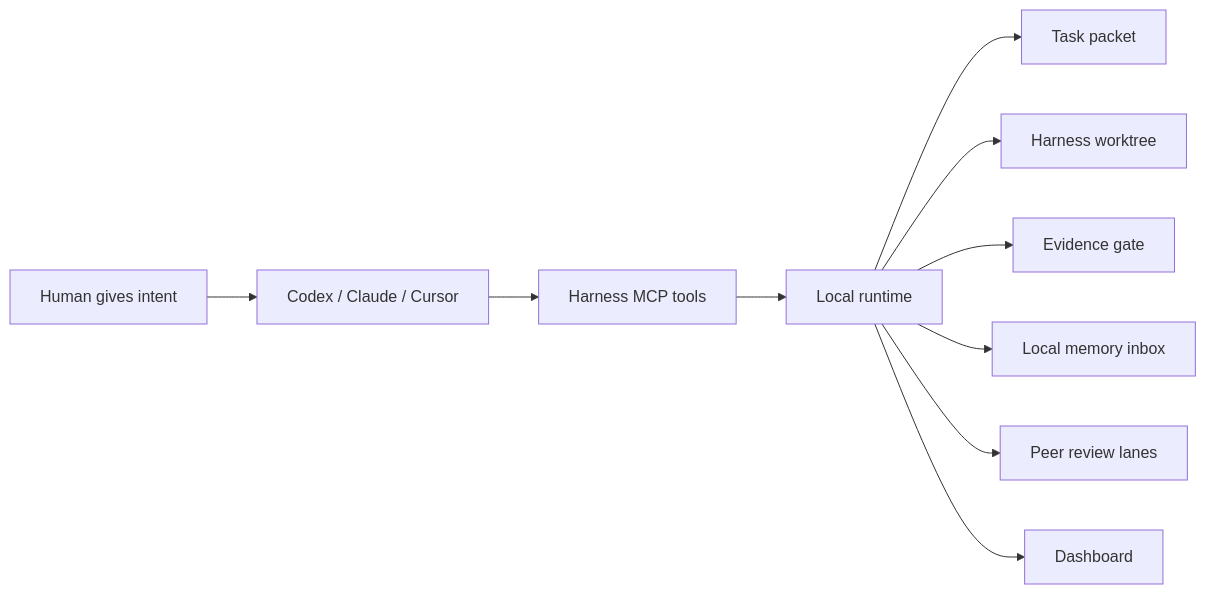
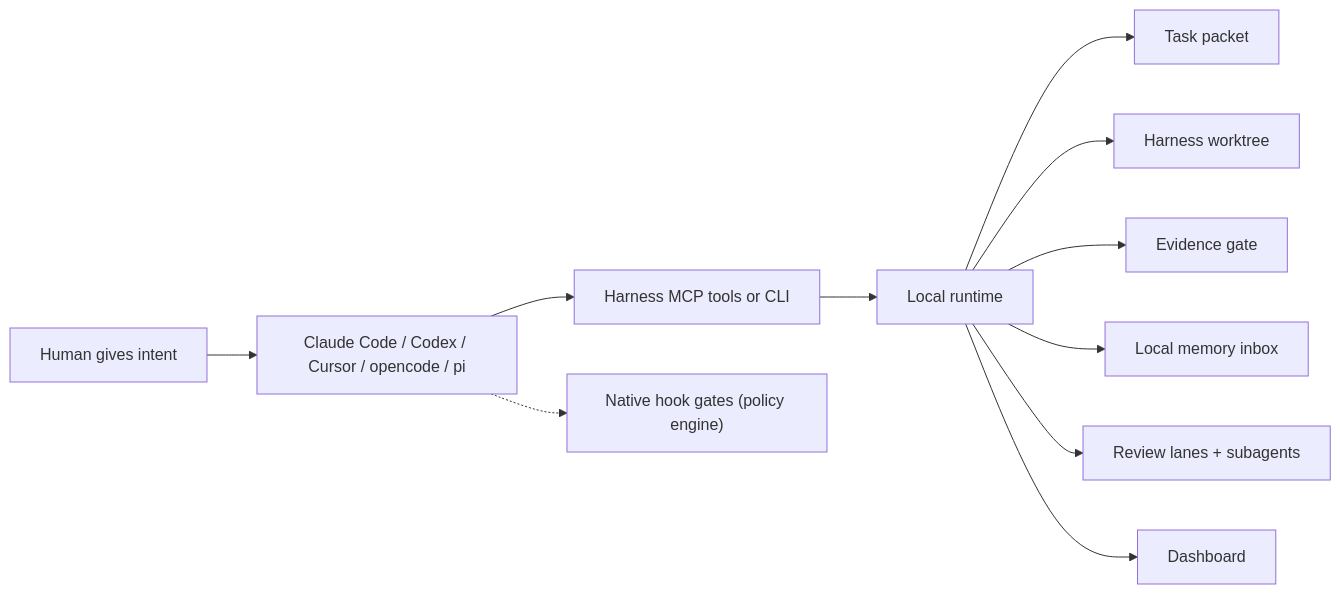
Before and after one commit to anhtaiH/agent-harness: the first of 7 diagrams in docs/how-it-works.md, drawn with Mermaid. The commit also changed other lines of this file and 51 other files, not shown here.

First line of the commit message:
Modernize harness: enforced gates, 5-tool adapters, agent-prompt install (v0.2.0) (#1)

````diff
--- a/docs/how-it-works.md
+++ b/docs/how-it-works.md
@@ -5,12 +5,13 @@
 ```mermaid
 flowchart LR
-  User["Human gives intent"] --> Agent["Codex / Claude / Cursor"]
-  Agent --> MCP["Harness MCP tools"]
+  User["Human gives intent"] --> Agent["Claude Code / Codex / Cursor / opencode / pi"]
+  Agent --> MCP["Harness MCP tools or CLI"]
+  Agent -.-> Gates["Native hook gates (policy engine)"]
   MCP --> Runtime["Local runtime"]
   Runtime --> Packet["Task packet"]
   Runtime --> Worktree["Harness worktree"]
   Runtime --> Evidence["Evidence gate"]
   Runtime --> Memory["Local memory inbox"]
-  Runtime --> Review["Peer review lanes"]
+  Runtime --> Review["Review lanes + subagents"]
   Runtime --> Dashboard["Dashboard"]
 ```
````
